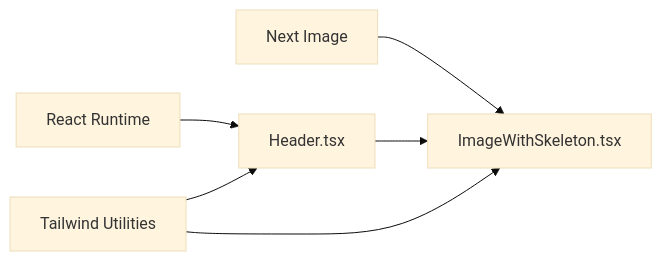
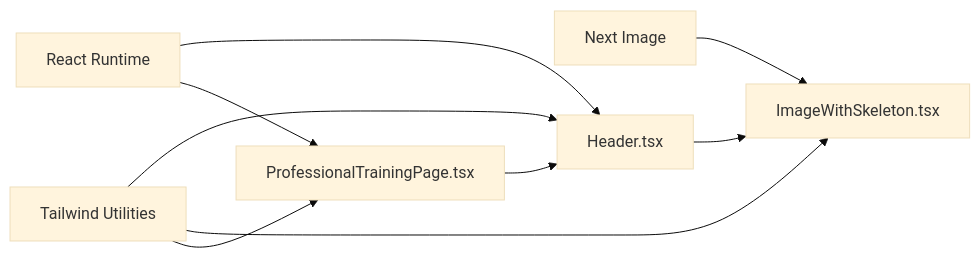
Before and after one commit to Black-box01/rhemaexpertsolutions: the fifth of 5 diagrams in .qoder/repowiki/en/content/UI Components/Navigation Components.md, drawn with Mermaid (base theme). The commit also changed other lines of this file and 22 other files, not shown here.

First line of the commit message:
feat(professional-trainings): add professional training registration system

````diff
--- a/.qoder/repowiki/en/content/UI Components/Navigation Components.md
+++ b/.qoder/repowiki/en/content/UI Components/Navigation Components.md
@@ -252,13 +314,17 @@
 ```mermaid
 graph LR
 REACT["React Runtime"]
 NEXTIMG["Next Image"]
 TWCSS["Tailwind Utilities"]
 HEADER["Header.tsx"]
 IMGCOMP["ImageWithSkeleton.tsx"]
+PROFPAGE["ProfessionalTrainingPage.tsx"]
 REACT --> HEADER
+REACT --> PROFPAGE
 NEXTIMG --> IMGCOMP
 TWCSS --> HEADER
 TWCSS --> IMGCOMP
+TWCSS --> PROFPAGE
 HEADER --> IMGCOMP
+PROFPAGE --> HEADER
 ```
````
